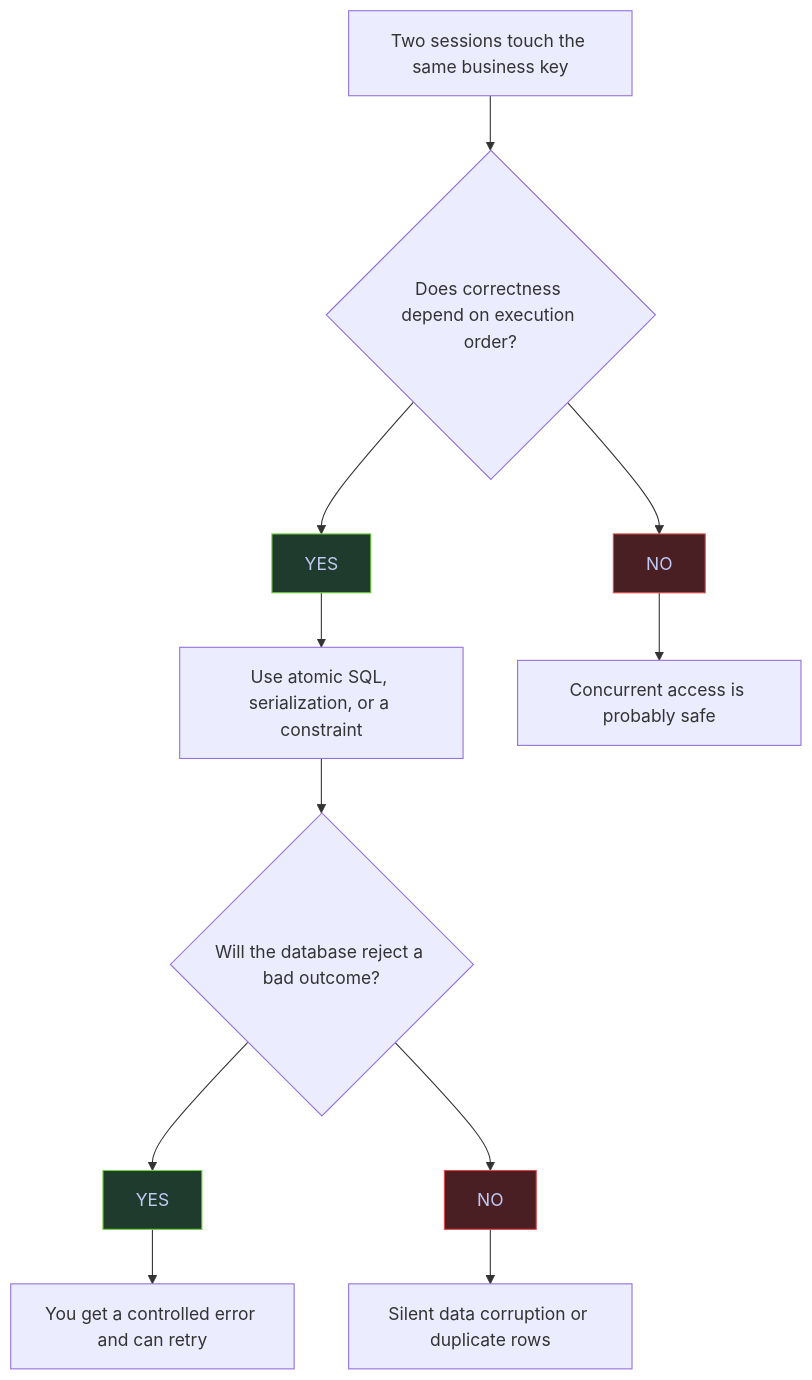
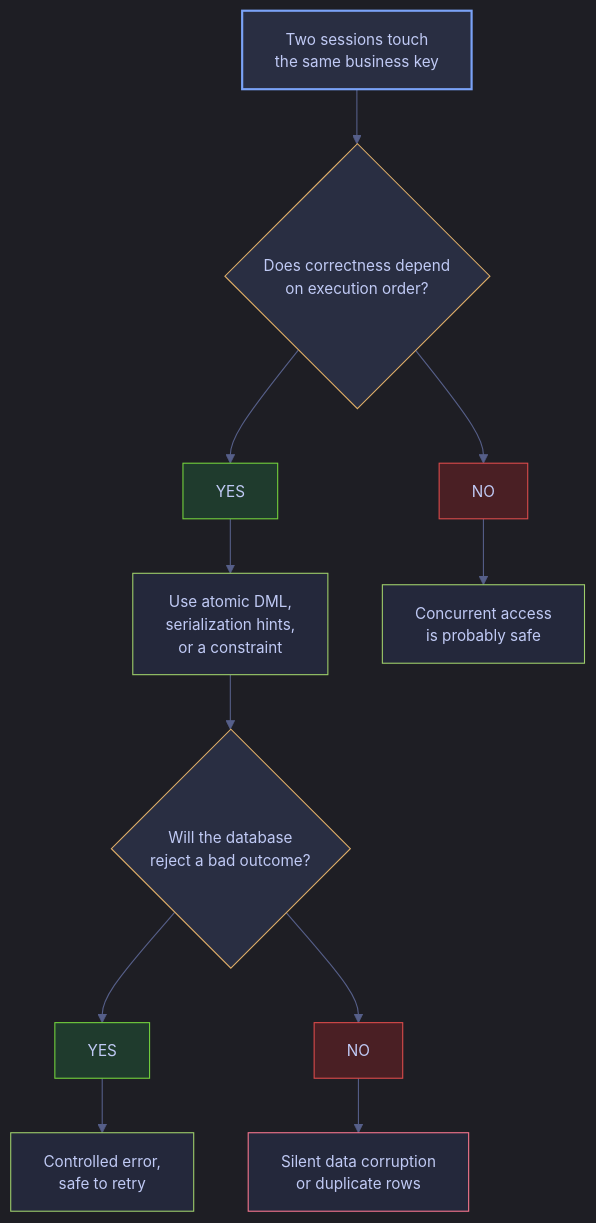
Before and after one commit to alp78/elysium: the diagram in content/04-SQL-Server/03-Query-Writing-and-Optimization/18-race-conditions.md, drawn with Mermaid. The commit also changed other lines of this file and 26 other files, not shown here.

````diff
--- a/content/04-SQL-Server/03-Query-Writing-and-Optimization/18-race-conditions.md
+++ b/content/04-SQL-Server/03-Query-Writing-and-Optimization/18-race-conditions.md
@@ -17,18 +48,37 @@
 ```mermaid
+%%{init: {'theme': 'dark', 'themeVariables': {
+  'primaryColor': '#292e42',
+  'primaryTextColor': '#c0caf5',
+  'primaryBorderColor': '#565f89',
+  'lineColor': '#565f89',
+  'secondaryColor': '#1a1b26',
+  'tertiaryColor': '#24283b',
+  'noteTextColor': '#c0caf5',
+  'noteBkgColor': '#292e42',
+  'textColor': '#c0caf5',
+  'fontSize': '14px'
+}}}%%
 flowchart TD
-    A[Two sessions touch the same business key] --> B{Does correctness depend on execution order?}
-    B --> Y1[YES]
-    B --> N1[NO]
-    Y1 --> C[Use atomic SQL, serialization, or a constraint]
-    N1 --> D[Concurrent access is probably safe]
-    C --> E{Will the database reject a bad outcome?}
-    E --> Y2[YES]
-    E --> N2[NO]
-    Y2 --> F[You get a controlled error and can retry]
-    N2 --> G[Silent data corruption or duplicate rows]
+    A["Two sessions touch<br>the same business key"] --> B{"Does correctness depend<br>on execution order?"}
+    B --> Y1["YES"]
+    B --> N1["NO"]
+    Y1 --> C["Use atomic DML,<br>serialization hints,<br>or a constraint"]
+    N1 --> D["Concurrent access<br>is probably safe"]
+    C --> E{"Will the database<br>reject a bad outcome?"}
+    E --> Y2["YES"]
+    E --> N2["NO"]
+    Y2 --> F["Controlled error,<br>safe to retry"]
+    N2 --> G["Silent data corruption<br>or duplicate rows"]
 
-    classDef yes fill:#1f3b2d,stroke:#73d13d,color:#c0caf5;
-    classDef no fill:#4a1f24,stroke:#db4b4b,color:#c0caf5;
-    class Y1,Y2 yes;
-    class N1,N2 no;
+    style A fill:#292e42,stroke:#7aa2f7,stroke-width:2px,color:#c0caf5
+    style B fill:#292e42,stroke:#e0af68,color:#c0caf5
+    style E fill:#292e42,stroke:#e0af68,color:#c0caf5
+    style C fill:#24283b,stroke:#9ece6a,color:#c0caf5
+    style D fill:#24283b,stroke:#9ece6a,color:#c0caf5
+    style F fill:#24283b,stroke:#9ece6a,color:#c0caf5
+    style G fill:#24283b,stroke:#f7768e,color:#c0caf5
+    style Y1 fill:#1f3b2d,stroke:#73d13d,color:#c0caf5
+    style Y2 fill:#1f3b2d,stroke:#73d13d,color:#c0caf5
+    style N1 fill:#4a1f24,stroke:#db4b4b,color:#c0caf5
+    style N2 fill:#4a1f24,stroke:#db4b4b,color:#c0caf5
 ```
````
